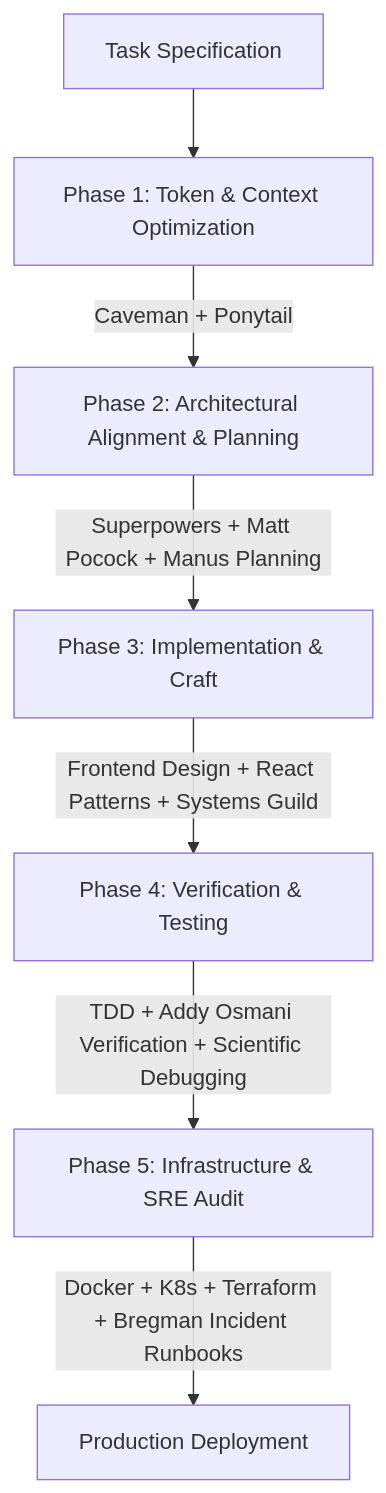
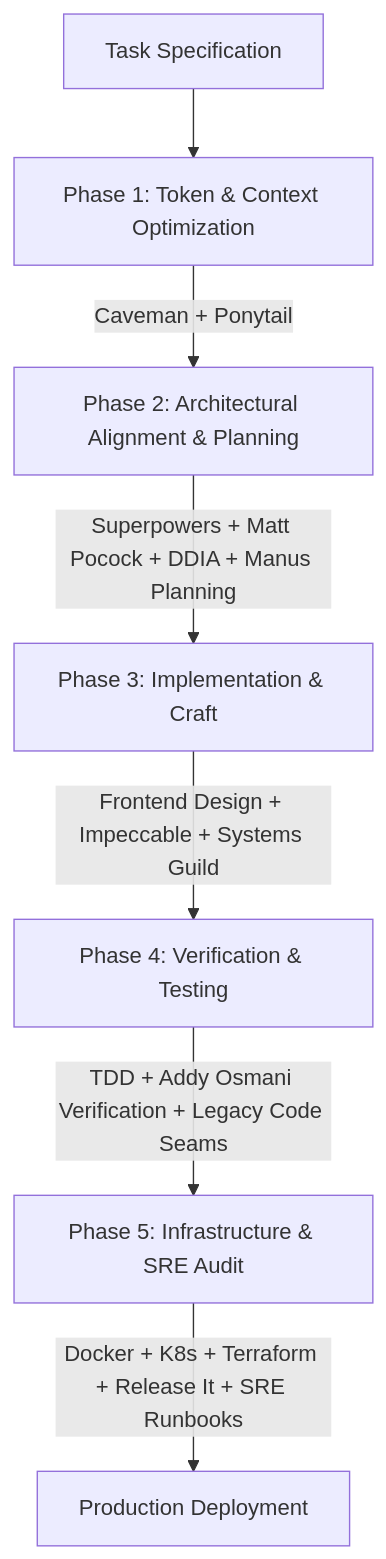
The diagram in README.md (Serion89/all-in-one-skills-for-ai), drawn with Mermaid before and after one commit. The commit also changed other lines of this file and 62 other files, not shown here.

Commit message:
feat: add 6 architectural and UI craft suites (Impeccable, DDIA, Philosophy of Software Design, Legacy Code, Pragmatic Programmer, Release It); total 91 skills

````diff
--- a/README.md
+++ b/README.md
@@ -18,9 +18,9 @@
 ```mermaid
 graph TD
     A[Task Specification] --> B[Phase 1: Token & Context Optimization]
     B -->|Caveman + Ponytail| C[Phase 2: Architectural Alignment & Planning]
-    C -->|Superpowers + Matt Pocock + Manus Planning| D[Phase 3: Implementation & Craft]
-    D -->|Frontend Design + React Patterns + Systems Guild| E[Phase 4: Verification & Testing]
-    E -->|TDD + Addy Osmani Verification + Scientific Debugging| F[Phase 5: Infrastructure & SRE Audit]
-    F -->|Docker + K8s + Terraform + Bregman Incident Runbooks| G[Production Deployment]
+    C -->|Superpowers + Matt Pocock + DDIA + Manus Planning| D[Phase 3: Implementation & Craft]
+    D -->|Frontend Design + Impeccable + Systems Guild| E[Phase 4: Verification & Testing]
+    E -->|TDD + Addy Osmani Verification + Legacy Code Seams| F[Phase 5: Infrastructure & SRE Audit]
+    F -->|Docker + K8s + Terraform + Release It + SRE Runbooks| G[Production Deployment]
 ```
````
